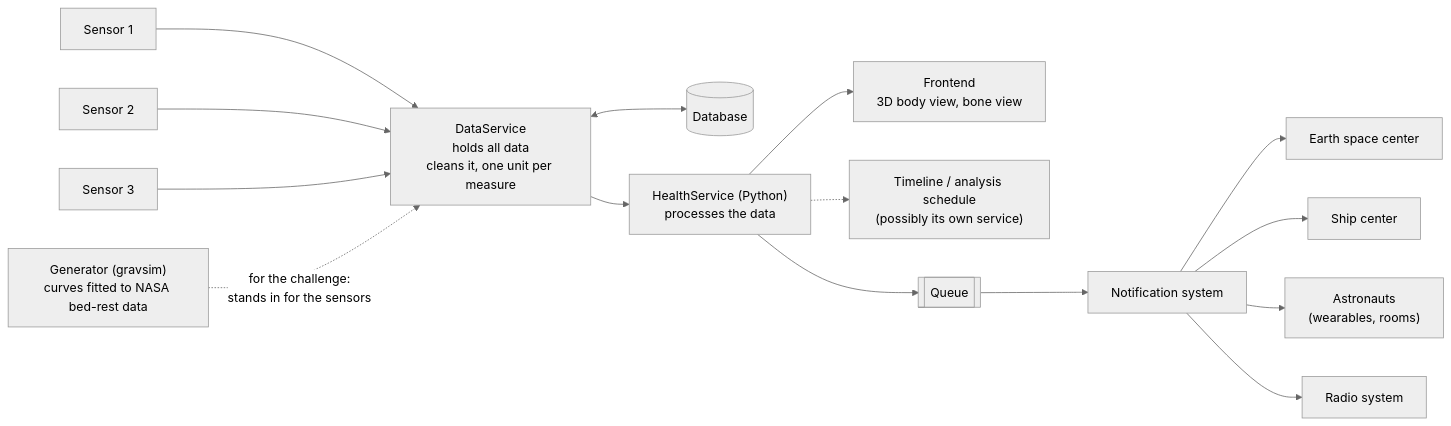
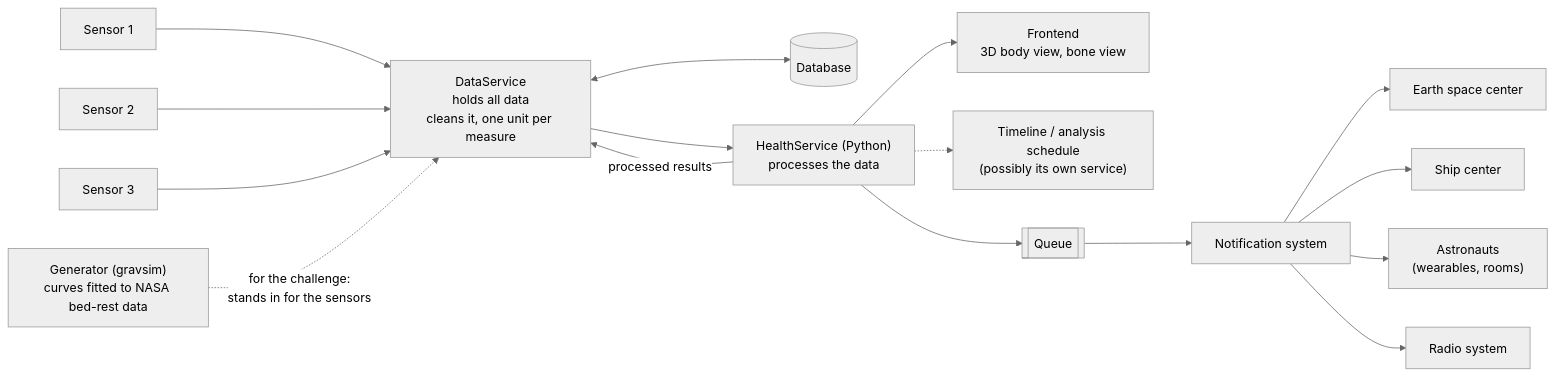
The diagram in docs/architecture.md (IgnacioAVerdinelli/NASASpaceApps), drawn with Mermaid (neutral theme) before and after one commit. The commit also changed other lines of this file, not shown here.

First line of the commit message:
docs: persist processed results in the architecture

````diff
--- a/docs/architecture.md
+++ b/docs/architecture.md
@@ -5,16 +5,17 @@
 ```mermaid
 flowchart LR
     S1[Sensor 1] --> DS
     S2[Sensor 2] --> DS
     S3[Sensor 3] --> DS
     GEN["Generator (gravsim)<br/>curves fitted to NASA bed-rest data"] -.->|"for the challenge:<br/>stands in for the sensors"| DS
     DS["DataService<br/>holds all data<br/>cleans it, one unit per measure"] <--> DB[(Database)]
     DS --> HS["HealthService (Python)<br/>processes the data"]
+    HS -->|"processed results"| DS
     HS --> FE["Frontend<br/>3D body view, bone view"]
     HS -.-> TL["Timeline / analysis schedule<br/>(possibly its own service)"]
     HS --> Q[[Queue]] --> NS[Notification system]
     NS --> ESC[Earth space center]
     NS --> SHIP[Ship center]
     NS --> AST["Astronauts<br/>(wearables, rooms)"]
     NS --> RADIO[Radio system]
 ```
````
